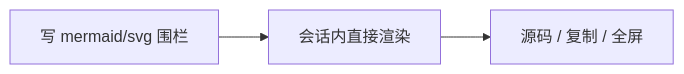
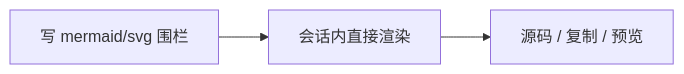
Before and after one commit to wunengbiao/dsh-charts: the diagram in README.md, drawn with Mermaid. The commit also changed other lines of this file and 5 other files, not shown here.

````diff
--- a/README.md
+++ b/README.md
@@ -7,5 +7,5 @@
 ```mermaid
 flowchart LR
   A[写 mermaid/svg 围栏] --> B[会话内直接渲染]
-  B --> C[源码 / 复制 / 全屏]
+  B --> C[源码 / 复制 / 预览]
 ```
````
